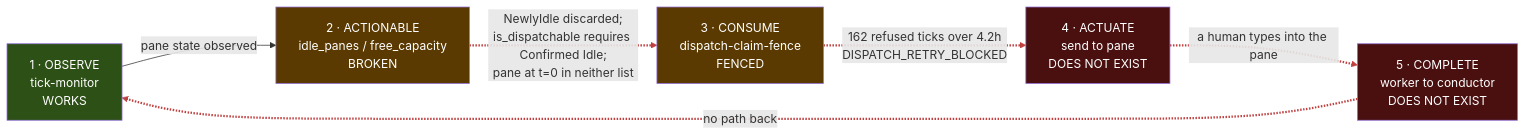
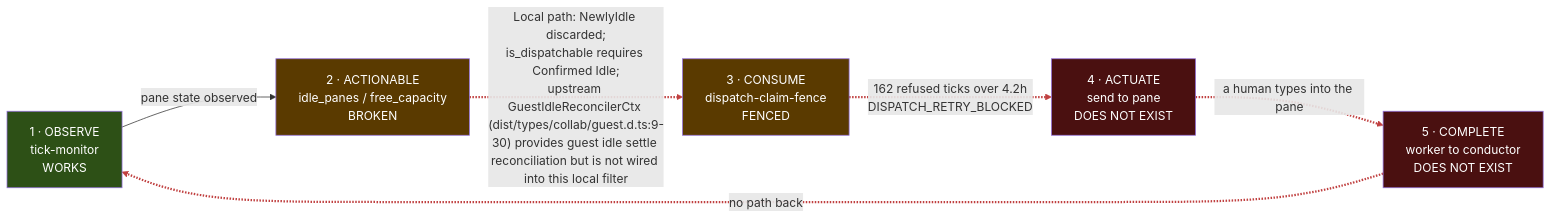
One commit to JYeswak/omp-orchestrator changed the third of 6 diagrams in docs/plan/04-diagrams.md. Above: the diagram before and after it, drawn with Mermaid. The commit also changed other lines of this file and 2 other files, not shown here.

First line of the commit message:
fix(plan): propagate upstream gap types into census and diagrams [test]

````diff
--- a/docs/plan/04-diagrams.md
+++ b/docs/plan/04-diagrams.md
@@ -178,25 +178,25 @@
 ```mermaid
 graph LR
     OBS["1 · OBSERVE<br/>tick-monitor<br/>WORKS"]
     ACT["2 · ACTIONABLE<br/>idle_panes / free_capacity<br/>BROKEN"]
     CON["3 · CONSUME<br/>dispatch-claim-fence<br/>FENCED"]
     ACU["4 · ACTUATE<br/>send to pane<br/>DOES NOT EXIST"]
     CMP["5 · COMPLETE<br/>worker to conductor<br/>DOES NOT EXIST"]
 
     OBS -->|pane state observed| ACT
-    ACT -.->|"NewlyIdle discarded;<br/>is_dispatchable requires Confirmed Idle;<br/>pane at t=0 in neither list"| CON
+    ACT -.->|"Local path: NewlyIdle discarded;<br/>is_dispatchable requires Confirmed Idle;<br/>upstream GuestIdleReconcilerCtx (dist/types/collab/guest.d.ts:9-30) provides guest idle settle reconciliation but is not wired into this local filter"| CON
     CON -.->|"162 refused ticks over 4.2h<br/>DISPATCH_RETRY_BLOCKED"| ACU
     ACU -.->|"a human types into the pane"| CMP
     CMP -.->|"no path back"| OBS
 
     style OBS fill:#2d5016,color:#fff
     style ACT fill:#5a3a00,color:#fff
     style CON fill:#5a3a00,color:#fff
     style ACU fill:#4a1010,color:#fff
     style CMP fill:#4a1010,color:#fff
 
     linkStyle 1 stroke:#c04040,stroke-width:3px
     linkStyle 2 stroke:#c04040,stroke-width:3px
     linkStyle 3 stroke:#c04040,stroke-width:3px
     linkStyle 4 stroke:#c04040,stroke-width:3px
 ```
````
